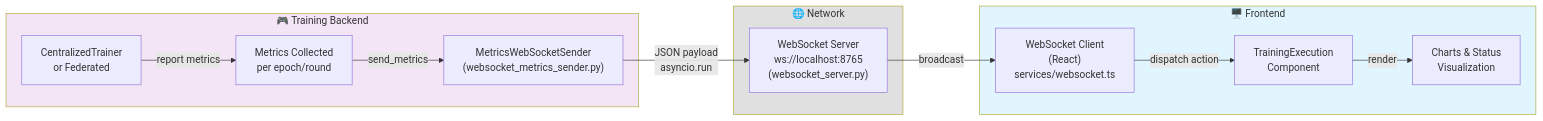
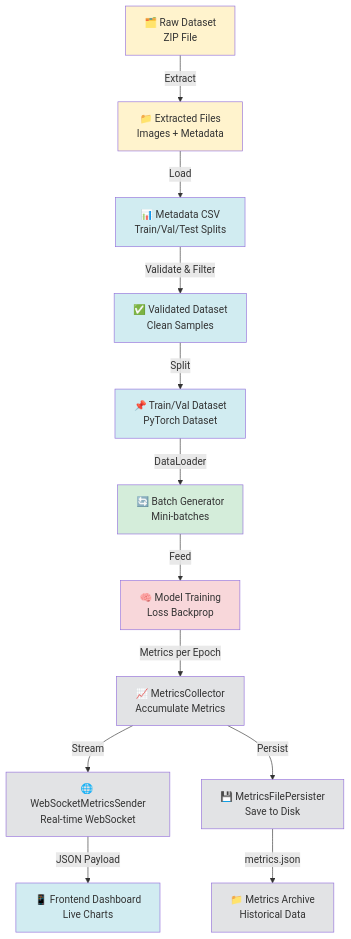
Before and after one commit to h19overflow/federated_learning: the diagram in federated_pneumonia_detection/src/control/dl_model/utils/data/README.md, drawn with Mermaid. The commit also changed other lines of this file and 14 other files, not shown here.

````diff
--- a/federated_pneumonia_detection/src/control/dl_model/utils/data/README.md
+++ b/federated_pneumonia_detection/src/control/dl_model/utils/data/README.md
@@ -36,29 +9,32 @@
 ```mermaid
-graph LR
-    subgraph Backend["🎮 Training Backend"]
-        CT["CentralizedTrainer<br/>or Federated"]
-        Metrics["Metrics Collected<br/>per epoch/round"]
-        WMS["MetricsWebSocketSender<br/>(websocket_metrics_sender.py)"]
-    end
+graph TD
+    A["🗂️ Raw Dataset<br/>ZIP File"] -->|Extract| B["📁 Extracted Files<br/>Images + Metadata"]
+    B -->|Load| C["📊 Metadata CSV<br/>Train/Val/Test Splits"]
 
-    subgraph Network["🌐 Network"]
-        WS["WebSocket Server<br/>ws://localhost:8765<br/>(websocket_server.py)"]
-    end
+    C -->|Validate & Filter| D["✅ Validated Dataset<br/>Clean Samples"]
+    D -->|Split| E["📌 Train/Val Dataset<br/>PyTorch Dataset"]
 
-    subgraph Frontend["🖥️ Frontend"]
-        WSC["WebSocket Client<br/>(React)<br/>services/websocket.ts"]
-        Component["TrainingExecution<br/>Component"]
-        UI["Charts & Status<br/>Visualization"]
-    end
+    E -->|DataLoader| F["🔄 Batch Generator<br/>Mini-batches"]
+    F -->|Feed| G["🧠 Model Training<br/>Loss Backprop"]
 
-    CT -->|report metrics| Metrics
-    Metrics -->|send_metrics| WMS
-    WMS -->|JSON payload<br/>asyncio.run| WS
-    WS -->|broadcast| WSC
-    WSC -->|dispatch action| Component
-    Component -->|render| UI
+    G -->|Metrics per Epoch| H["📈 MetricsCollector<br/>Accumulate Metrics"]
 
-    style Backend fill:#f3e5f5
-    style Network fill:#e0e0e0
-    style Frontend fill:#e1f5ff
+    H -->|Stream| I["🌐 WebSocketMetricsSender<br/>Real-time WebSocket"]
+    I -->|JSON Payload| J["📱 Frontend Dashboard<br/>Live Charts"]
+
+    H -->|Persist| K["💾 MetricsFilePersister<br/>Save to Disk"]
+    K -->|metrics.json| L["📁 Metrics Archive<br/>Historical Data"]
+
+    style A fill:#fff3cd
+    style B fill:#fff3cd
+    style C fill:#d1ecf1
+    style D fill:#d1ecf1
+    style E fill:#d1ecf1
+    style F fill:#d4edda
+    style G fill:#f8d7da
+    style H fill:#e2e3e5
+    style I fill:#e2e3e5
+    style J fill:#d1ecf1
+    style K fill:#e2e3e5
+    style L fill:#e2e3e5
 ```
````
